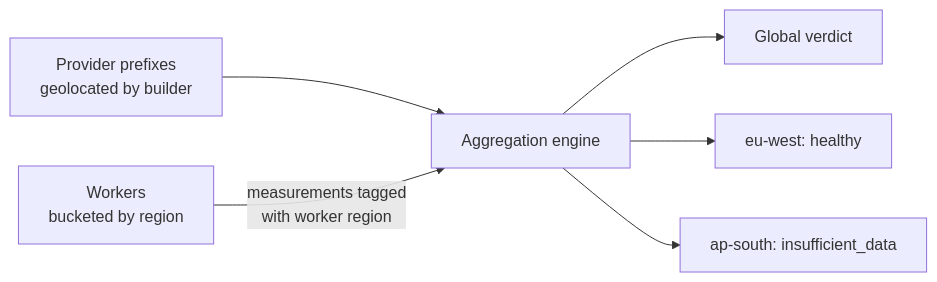
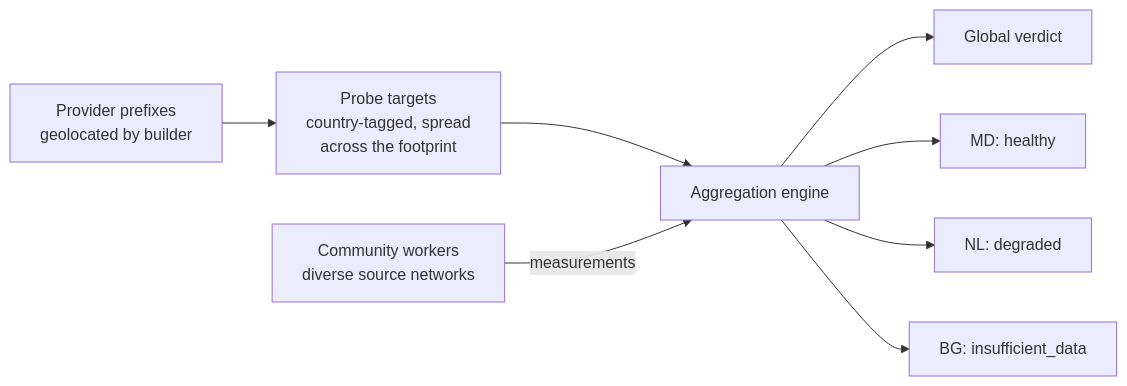
One commit to HummingByteDev/vpsa-network-discovery changed the diagram in docs/concepts/geoip.md. Above: the diagram before and after it, drawn with Mermaid. The commit also changed other lines of this file and 45 other files, not shown here.

````diff
--- a/docs/concepts/geoip.md
+++ b/docs/concepts/geoip.md
@@ -63,8 +94,10 @@
 ```mermaid
 flowchart LR
-  P["Provider prefixes<br/>geolocated by builder"] --> AGG
-  W["Workers<br/>bucketed by region"] -->|"measurements tagged<br/>with worker region"| AGG
+  P["Provider prefixes<br/>geolocated by builder"] --> T["Probe targets<br/>country-tagged, spread<br/>across the footprint"]
+  T --> AGG
+  W["Community workers<br/>diverse source networks"] -->|"measurements"| AGG
   AGG["Aggregation engine"] --> G["Global verdict"]
-  AGG --> R1["eu-west: healthy"]
-  AGG --> R2["ap-south: insufficient_data"]
+  AGG --> R1["MD: healthy"]
+  AGG --> R2["NL: degraded"]
+  AGG --> R3["BG: insufficient_data"]
 ```
````
